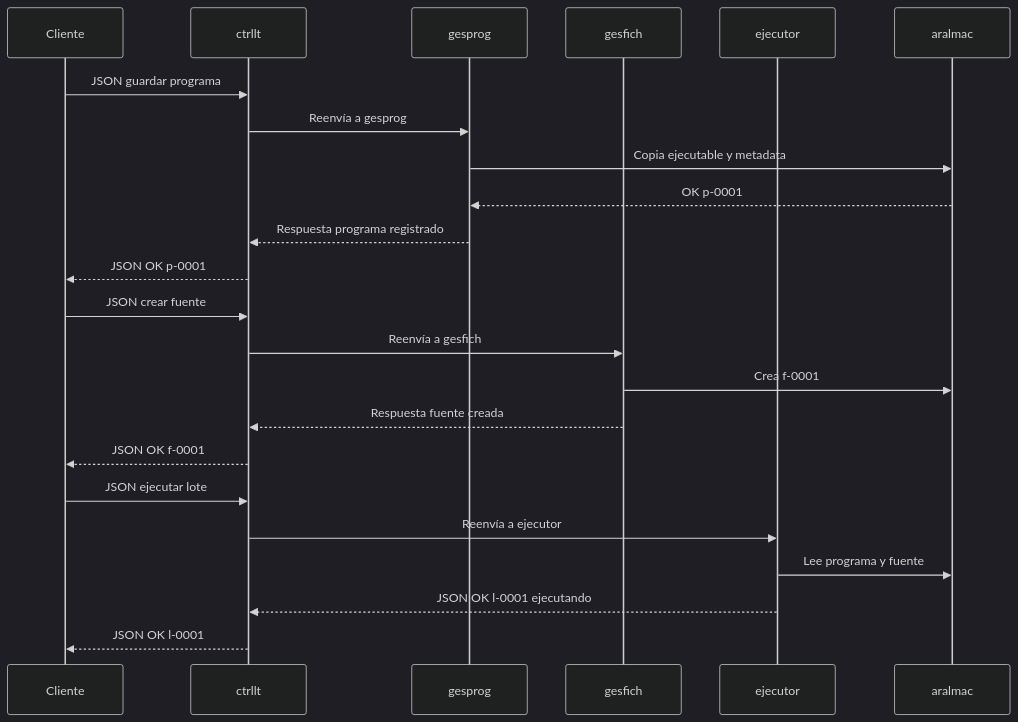
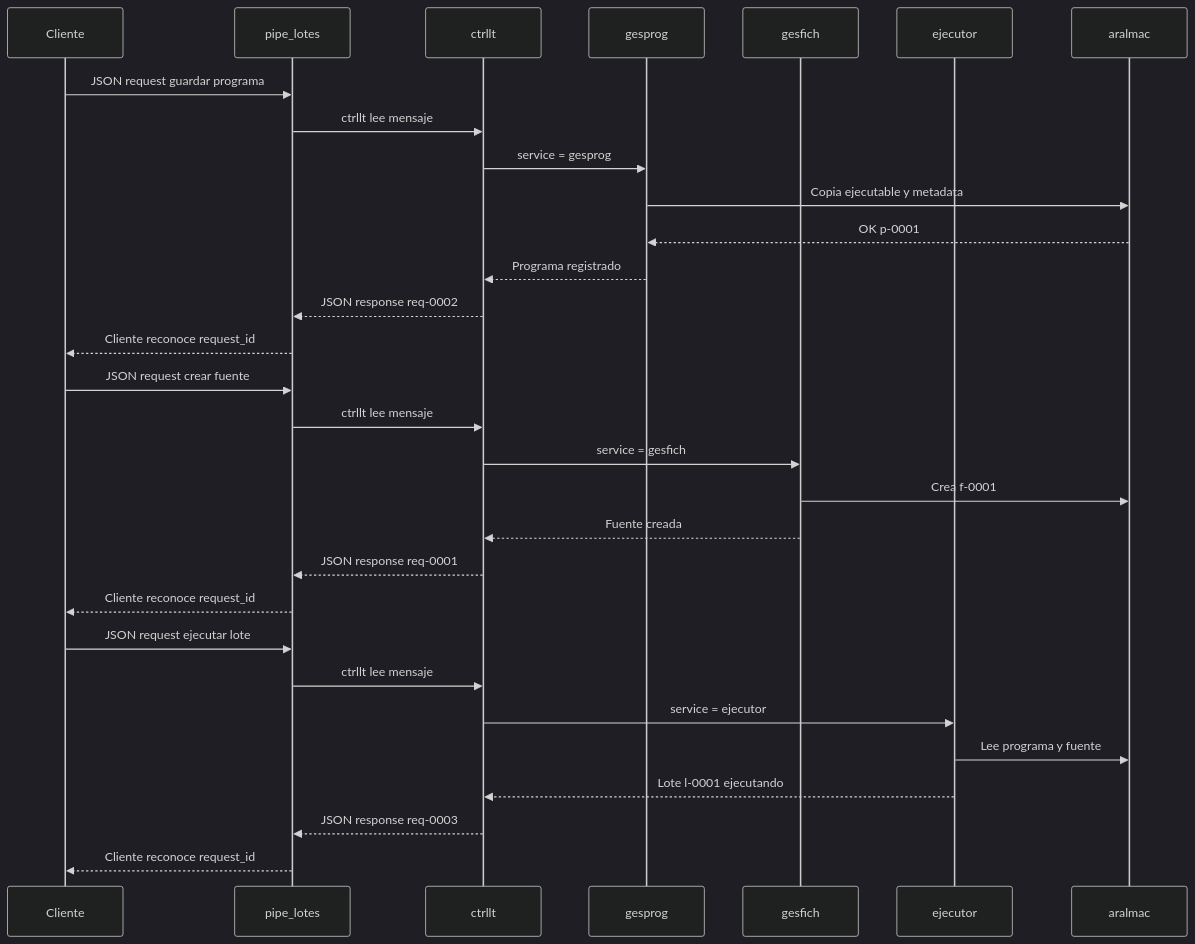
Before and after one commit to AnnaSG27/SO_FinalProject_AnnaGiraldo: the fifth of 5 diagrams in docs/Diseño.md, drawn with Mermaid (dark theme). The commit also changed other lines of this file, not shown here.

````diff
--- a/docs/Diseño.md
+++ b/docs/Diseño.md
@@ -356,55 +395,69 @@
 ```mermaid
 
 sequenceDiagram
 
 participant C as Cliente
+
+participant B as pipe_lotes
 
 participant T as ctrllt
 
 participant P as gesprog
 
 participant F as gesfich
 
 participant E as ejecutor
 
 participant A as aralmac
 
   
 
-C->>T: JSON guardar programa
+C->>B: JSON request guardar programa
 
-T->>P: Reenvía a gesprog
+B->>T: ctrllt lee mensaje
+
+T->>P: service = gesprog
 
 P->>A: Copia ejecutable y metadata
 
 A-->>P: OK p-0001
 
-P-->>T: Respuesta programa registrado
+P-->>T: Programa registrado
 
-T-->>C: JSON OK p-0001
+T-->>B: JSON response req-0002
+
+B-->>C: Cliente reconoce request_id
 
   
 
-C->>T: JSON crear fuente
+C->>B: JSON request crear fuente
 
-T->>F: Reenvía a gesfich
+B->>T: ctrllt lee mensaje
+
+T->>F: service = gesfich
 
 F->>A: Crea f-0001
 
-F-->>T: Respuesta fuente creada
+F-->>T: Fuente creada
 
-T-->>C: JSON OK f-0001
+T-->>B: JSON response req-0001
+
+B-->>C: Cliente reconoce request_id
 
   
 
-C->>T: JSON ejecutar lote
+C->>B: JSON request ejecutar lote
 
-T->>E: Reenvía a ejecutor
+B->>T: ctrllt lee mensaje
+
+T->>E: service = ejecutor
 
 E->>A: Lee programa y fuente
 
-E-->>T: JSON OK l-0001 ejecutando
+E-->>T: Lote l-0001 ejecutando
 
-T-->>C: JSON OK l-0001
+T-->>B: JSON response req-0003
+
+B-->>C: Cliente reconoce request_id
 
 ```
````
